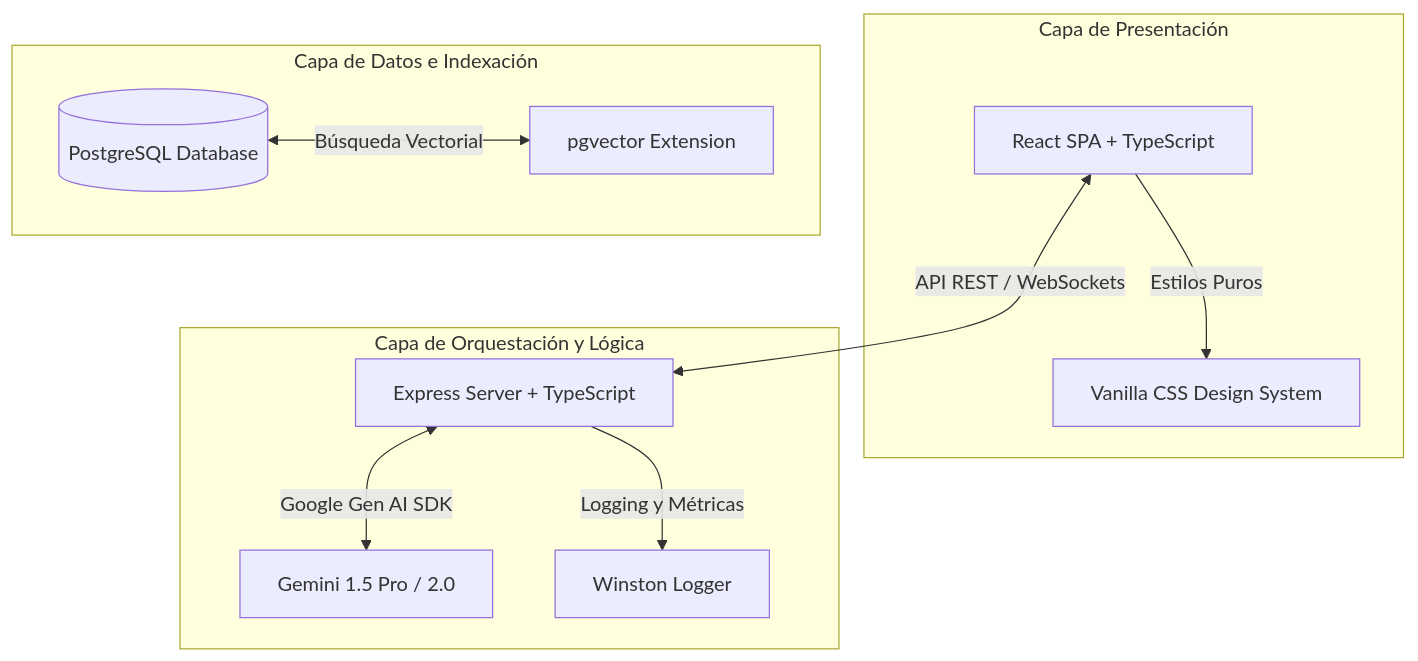
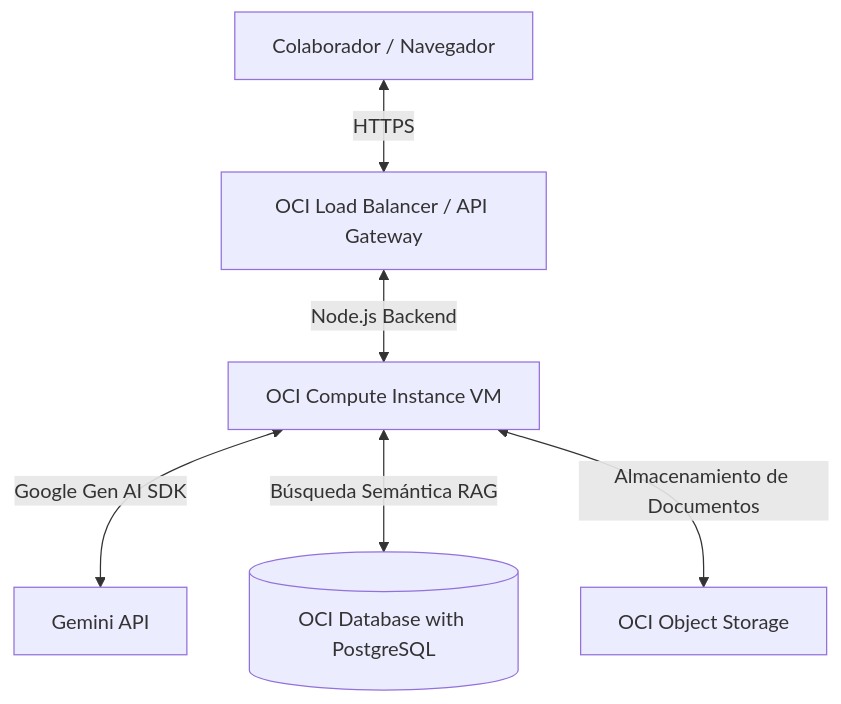
One commit to casmian/Agente-Alura-Josue changed the diagram in README.md. Above: the diagram before and after it, drawn with Mermaid. The commit also changed other lines of this file and 1 other file, not shown here.

Commit message:
docs: integrate OCI deployment and multi-format document parser specs

````diff
--- a/README.md
+++ b/README.md
@@ -47,17 +23,8 @@
 ```mermaid
 graph TD
-    subgraph Capa de Presentación
-        UI[React SPA + TypeScript] -->|Estilos Puros| CSS[Vanilla CSS Design System]
-    end
-
-    subgraph Capa de Orquestación y Lógica
-        Server[Express Server + TypeScript] <-->|Google Gen AI SDK| Gemini[Gemini 1.5 Pro / 2.0]
-        Server -->|Logging y Métricas| Logger[Winston Logger]
-    end
-
-    subgraph Capa de Datos e Indexación
-        DB[(PostgreSQL Database)] <-->|Búsqueda Vectorial| PgVector[pgvector Extension]
-    end
-
-    UI <-->|API REST / WebSockets| Server
+    User[Colaborador / Navegador] <-->|HTTPS| LoadBalancer[OCI Load Balancer / API Gateway]
+    LoadBalancer <-->|Node.js Backend| OCI_VM[OCI Compute Instance VM]
+    OCI_VM <-->|Google Gen AI SDK| Gemini[Gemini API]
+    OCI_VM <-->|Búsqueda Semántica RAG| DB[(OCI Database with PostgreSQL)]
+    OCI_VM <-->|Almacenamiento de Documentos| ObjectStorage[OCI Object Storage]
 ```
````
